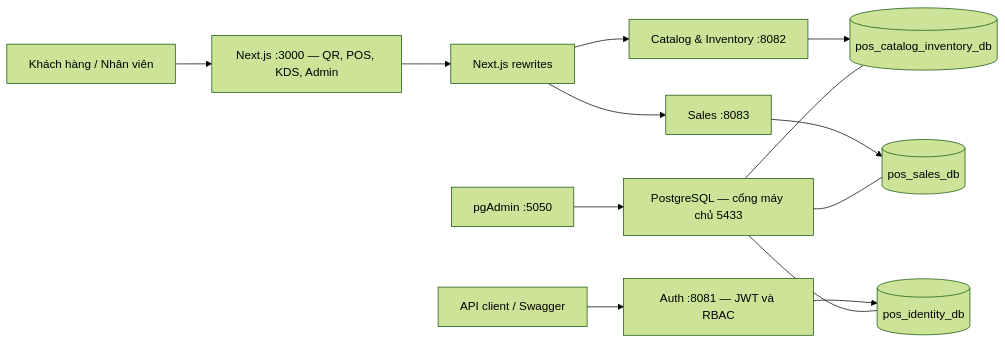
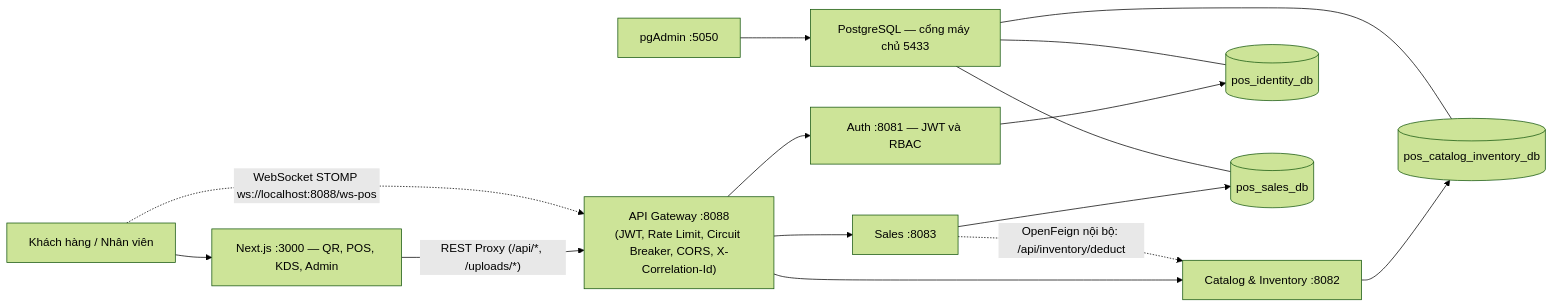
Before and after one commit to poromvp/Smart-POS: the diagram in README.md, drawn with Mermaid (forest theme). The commit also changed other lines of this file and 81 other files, not shown here.

````diff
--- a/README.md
+++ b/README.md
@@ -69,15 +69,17 @@
 ```mermaid
 flowchart LR
     U["Khách hàng / Nhân viên"] --> FE["Next.js :3000 — QR, POS, KDS, Admin"]
-    FE --> PX["Next.js rewrites"]
-    PX --> CAT["Catalog & Inventory :8082"]
-    PX --> SALES["Sales :8083"]
+    FE -->|"REST Proxy (/api/*, /uploads/*)"| GW["API Gateway :8088<br/>(JWT, Rate Limit, Circuit Breaker, CORS, X-Correlation-Id)"]
+    U -.->|"WebSocket STOMP ws://localhost:8088/ws-pos"| GW
+    GW --> AUTH["Auth :8081 — JWT và RBAC"]
+    GW --> CAT["Catalog & Inventory :8082"]
+    GW --> SALES["Sales :8083"]
+    SALES -.->|"OpenFeign nội bộ: /api/inventory/deduct"| CAT
+    AUTH --> ADB[(pos_identity_db)]
     CAT --> CDB[(pos_catalog_inventory_db)]
     SALES --> SDB[(pos_sales_db)]
-    CLIENT["API client / Swagger"] --> AUTH["Auth :8081 — JWT và RBAC"]
-    AUTH --> ADB[(pos_identity_db)]
     PGA["pgAdmin :5050"] --> PG["PostgreSQL — cổng máy chủ 5433"]
     PG --- ADB
     PG --- CDB
     PG --- SDB
 ```
````
